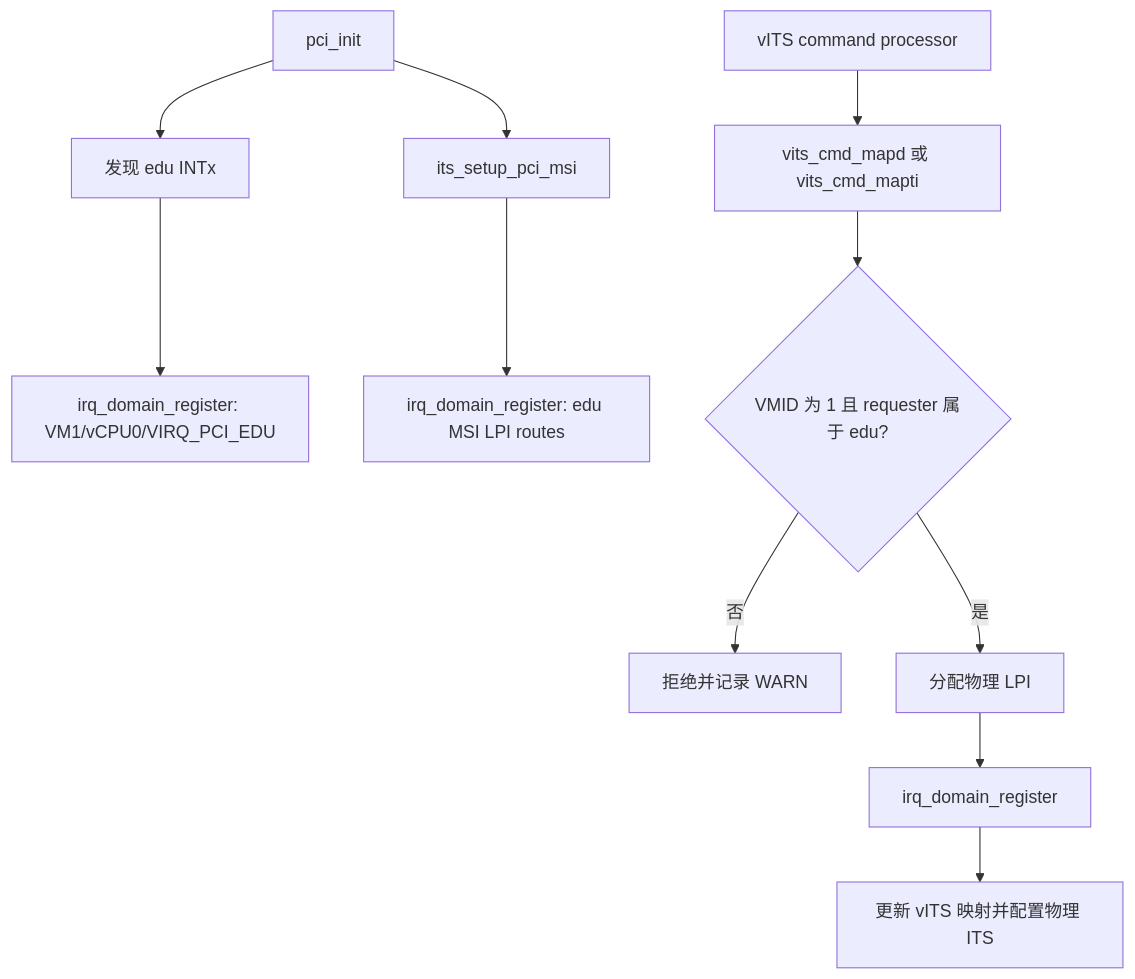
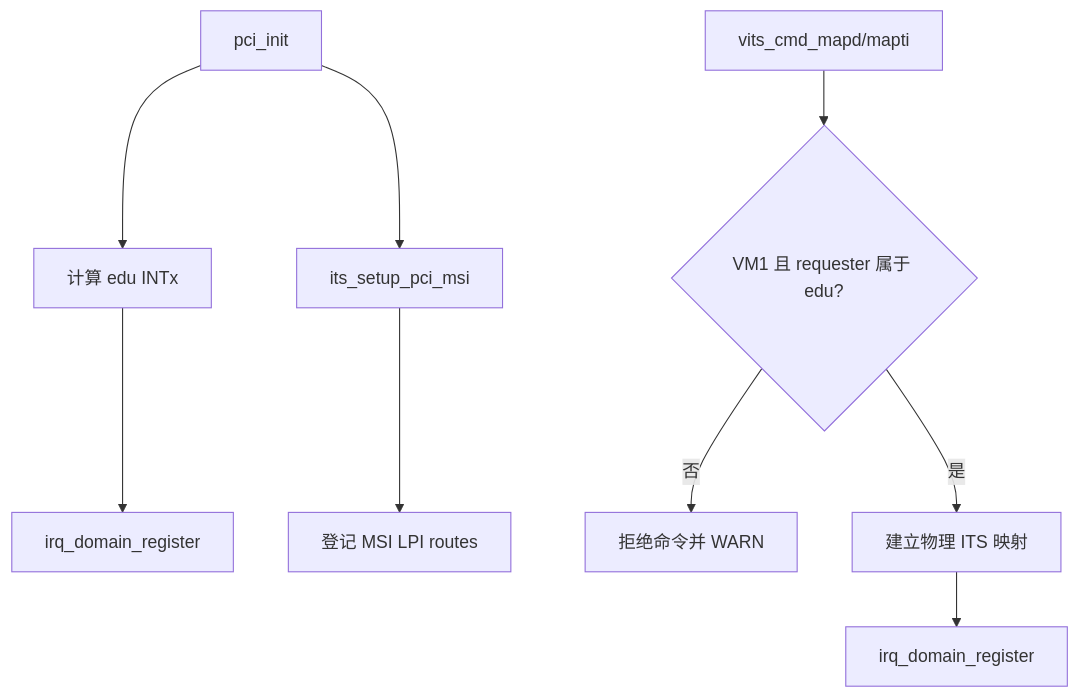
The fourth of 6 diagrams in docs/Phase104_IRQ_ownership与路由域_详细设计文档.md (huangtan203/avisor), drawn with Mermaid before and after one commit. The commit also changed other lines of this file, not shown here.

Commit message:
docs(irq): rebuild Phase 104 ownership design

````diff
--- a/docs/Phase104_IRQ_ownership与路由域_详细设计文档.md
+++ b/docs/Phase104_IRQ_ownership与路由域_详细设计文档.md
@@ -50,13 +91,11 @@
 ```mermaid
 flowchart TD
-    A[pci_init] --> B[发现 edu INTx]
-    B --> C[irq_domain_register: VM1/vCPU0/VIRQ_PCI_EDU]
+    A[pci_init] --> B[计算 edu INTx]
+    B --> C[irq_domain_register]
     A --> D[its_setup_pci_msi]
-    D --> E[irq_domain_register: edu MSI LPI routes]
-    F[vITS command processor] --> G[vits_cmd_mapd 或 vits_cmd_mapti]
-    G --> H{VMID 为 1 且 requester 属于 edu?}
-    H -->|否| I[拒绝并记录 WARN]
-    H -->|是| J[分配物理 LPI]
-    J --> K[irq_domain_register]
-    K --> L[更新 vITS 映射并配置物理 ITS]
+    D --> E[登记 MSI LPI routes]
+    F[vits_cmd_mapd/mapti] --> G{VM1 且 requester 属于 edu?}
+    G -->|否| H[拒绝命令并 WARN]
+    G -->|是| I[建立物理 ITS 映射]
+    I --> J[irq_domain_register]
 ```
````
